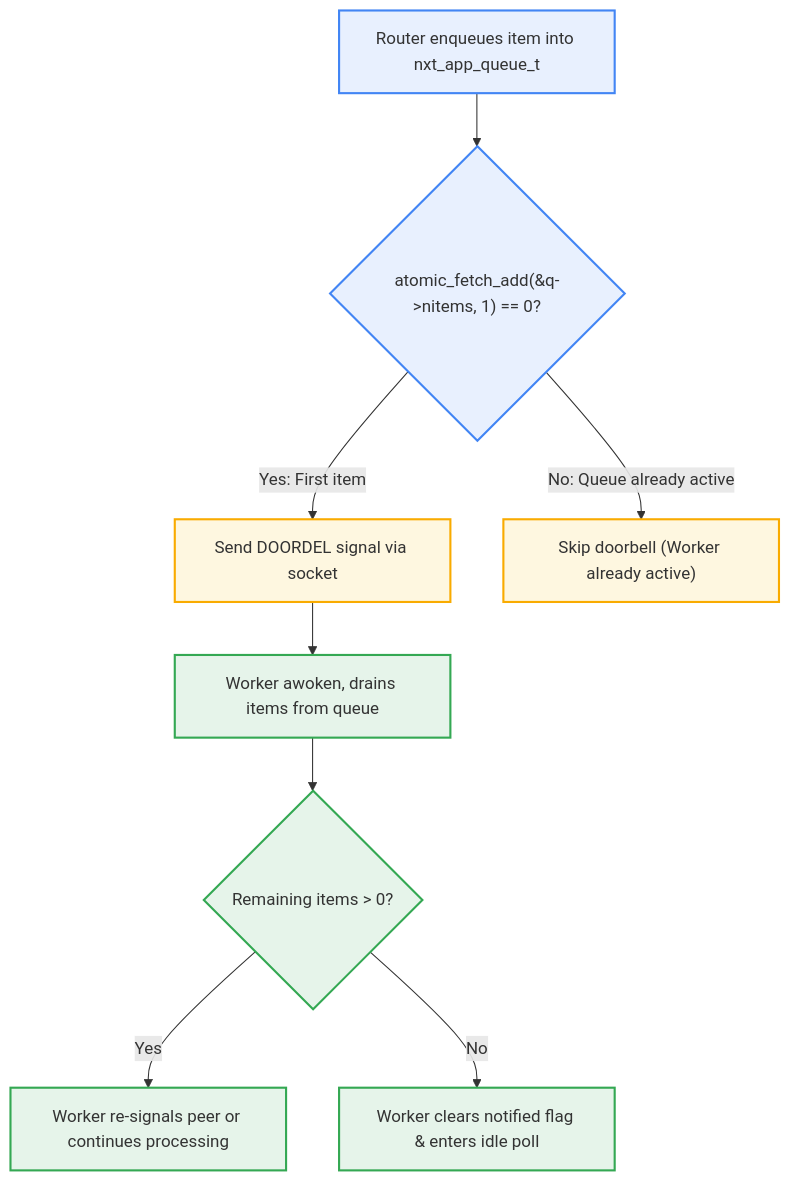
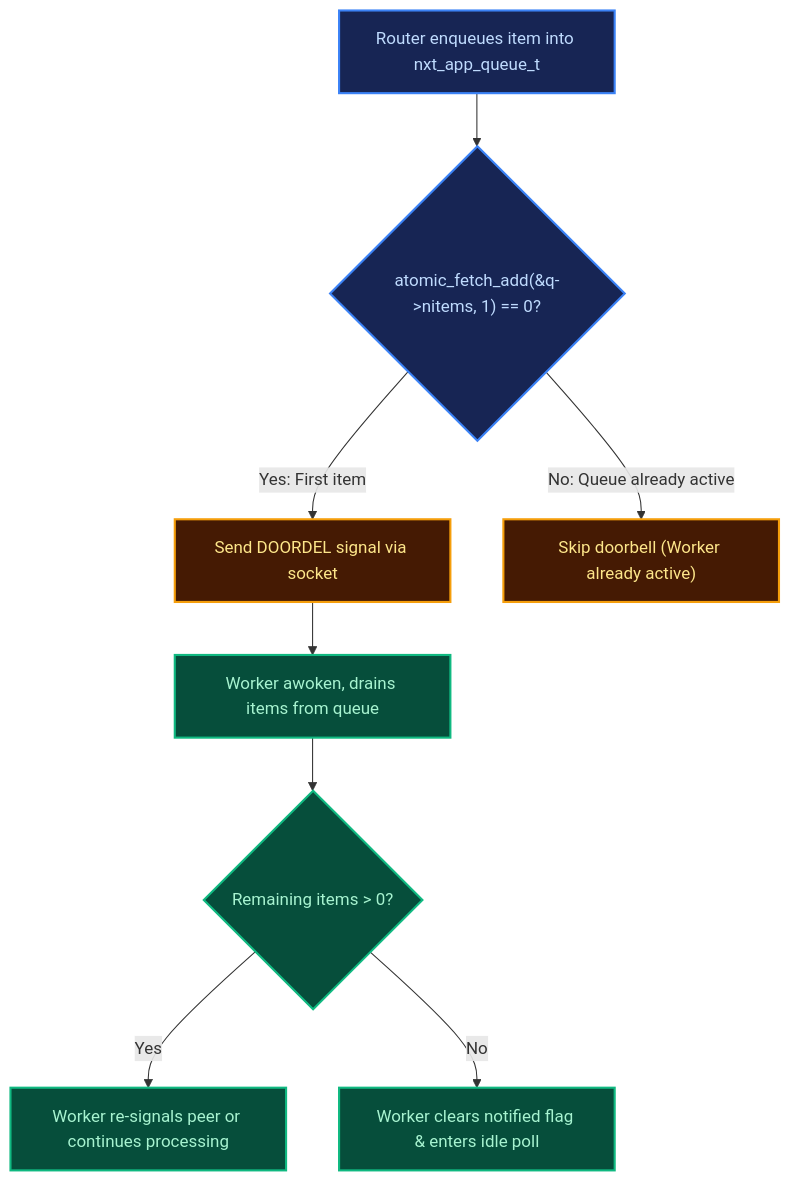
One commit to andypost/freeunit-model changed the first of 2 diagrams in docs/benchmarks/optimizations.md. Above: the diagram before and after it, drawn with Mermaid. The commit also changed other lines of this file and 10 other files, not shown here.

First line of the commit message:
fix(docs,diagrams): redesign architecture diagram with event ordering and fix dark theme contrast

````diff
--- a/docs/benchmarks/optimizations.md
+++ b/docs/benchmarks/optimizations.md
@@ -20,26 +20,26 @@
 ```mermaid
 flowchart TD
     Enqueue["Router enqueues item into nxt_app_queue_t"]
     AtomicCheck{"atomic_fetch_add(&q->nitems, 1) == 0?"}
     SendDoorbell["Send DOORDEL signal via socket"]
     SkipDoorbell["Skip doorbell (Worker already active)"]
     WorkerAwake["Worker awoken, drains items from queue"]
     CheckDepth{"Remaining items > 0?"}
     BatonPass["Worker re-signals peer or continues processing"]
     WorkerIdle["Worker clears notified flag & enters idle poll"]
 
     Enqueue --> AtomicCheck
     AtomicCheck -->|Yes: First item| SendDoorbell
     AtomicCheck -->|No: Queue already active| SkipDoorbell
     SendDoorbell --> WorkerAwake
     WorkerAwake --> CheckDepth
     CheckDepth -->|Yes| BatonPass
     CheckDepth -->|No| WorkerIdle
 
-    classDef blue fill:#e8f0fe,stroke:#4285f4,stroke-width:2px;
-    classDef yellow fill:#fef7e0,stroke:#f9ab00,stroke-width:2px;
-    classDef green fill:#e6f4ea,stroke:#34a853,stroke-width:2px;
+    classDef blue fill:#172554,stroke:#3b82f6,stroke-width:2px,color:#bfdbfe;
+    classDef yellow fill:#451a03,stroke:#f59e0b,stroke-width:2px,color:#fde68a;
+    classDef green fill:#064e3b,stroke:#10b981,stroke-width:2px,color:#a7f3d0;
     class Enqueue,AtomicCheck blue;
     class SendDoorbell,SkipDoorbell yellow;
     class WorkerAwake,CheckDepth,BatonPass,WorkerIdle green;
 ```
````
